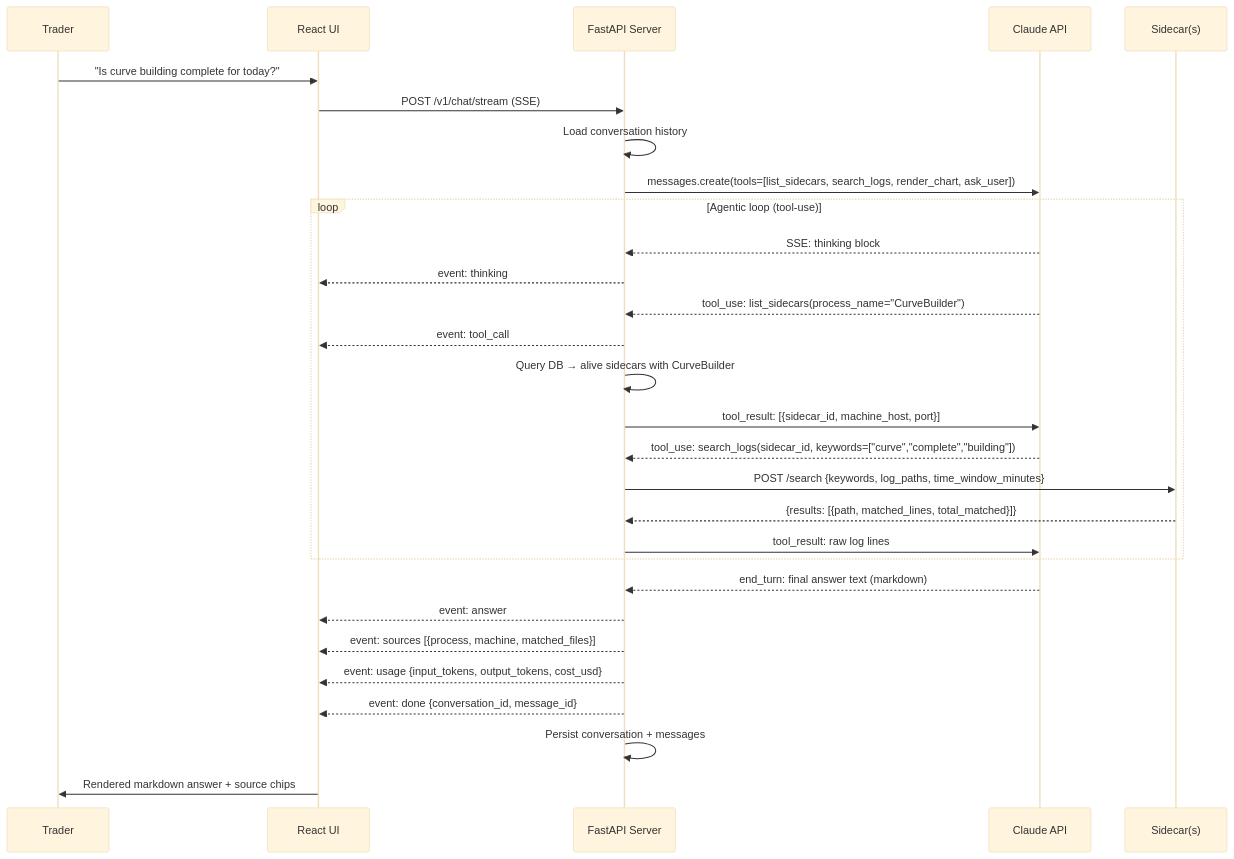
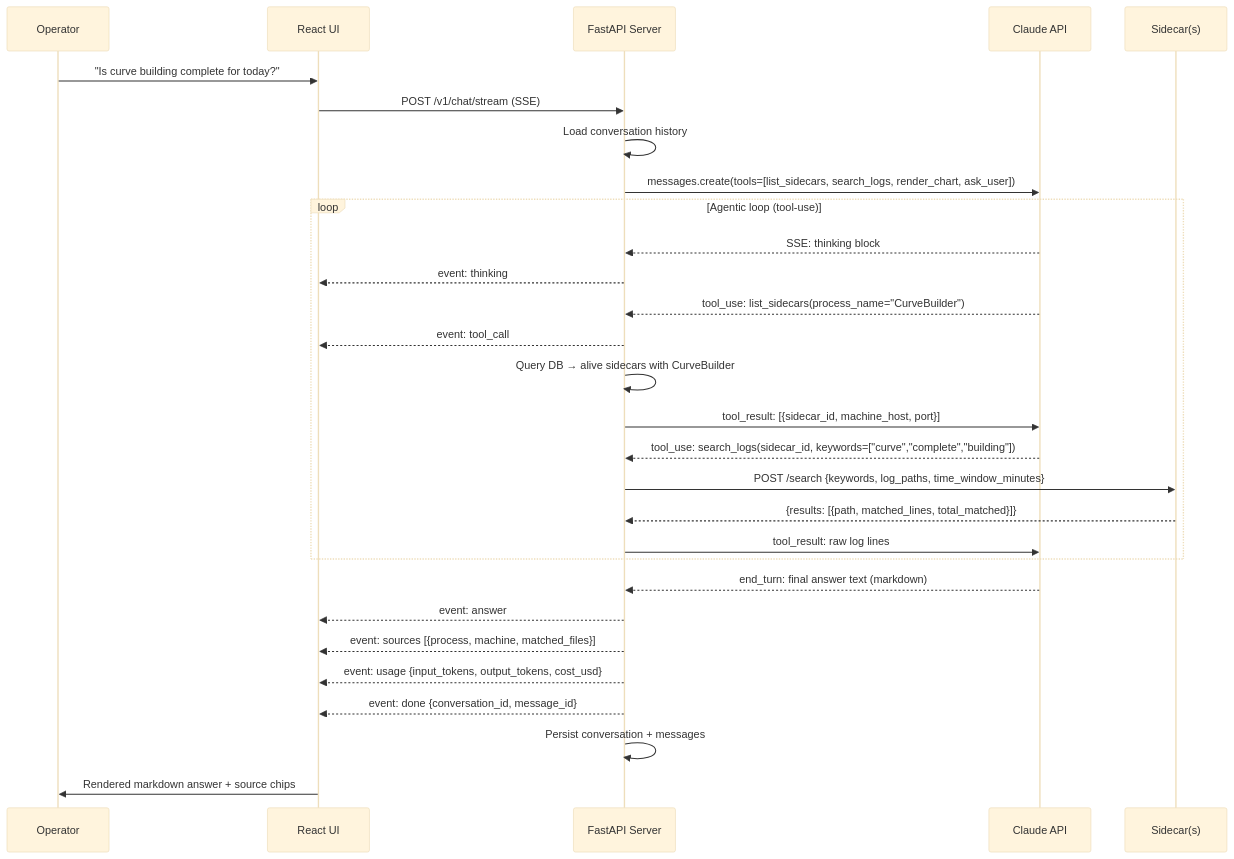
Before and after one commit to ramakanaveen/logsight: the third of 5 diagrams in docs/architecture.md, drawn with Mermaid (base theme). The commit also changed other lines of this file and 6 other files, not shown here.

````diff
--- a/docs/architecture.md
+++ b/docs/architecture.md
@@ -115,34 +115,34 @@
 ```mermaid
 sequenceDiagram
-    participant T as Trader
+    participant Op as Operator
     participant UI as React UI
     participant S as FastAPI Server
     participant C as Claude API
     participant SC as Sidecar(s)
 
-    T->>UI: "Is curve building complete for today?"
+    Op->>UI: "Is curve building complete for today?"
     UI->>S: POST /v1/chat/stream (SSE)
     S->>S: Load conversation history
     S->>C: messages.create(tools=[list_sidecars, search_logs, render_chart, ask_user])
 
     loop Agentic loop (tool-use)
         C-->>S: SSE: thinking block
         S-->>UI: event: thinking
         C-->>S: tool_use: list_sidecars(process_name="CurveBuilder")
         S-->>UI: event: tool_call
         S->>S: Query DB → alive sidecars with CurveBuilder
         S->>C: tool_result: [{sidecar_id, machine_host, port}]
         C-->>S: tool_use: search_logs(sidecar_id, keywords=["curve","complete","building"])
         S->>SC: POST /search {keywords, log_paths, time_window_minutes}
         SC-->>S: {results: [{path, matched_lines, total_matched}]}
         S->>C: tool_result: raw log lines
     end
 
     C-->>S: end_turn: final answer text (markdown)
     S-->>UI: event: answer
     S-->>UI: event: sources [{process, machine, matched_files}]
     S-->>UI: event: usage {input_tokens, output_tokens, cost_usd}
     S-->>UI: event: done {conversation_id, message_id}
     S->>S: Persist conversation + messages
-    UI->>T: Rendered markdown answer + source chips
+    UI->>Op: Rendered markdown answer + source chips
 ```
````
